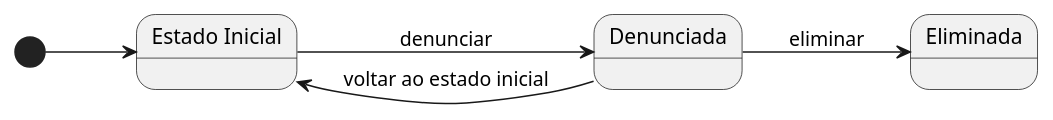
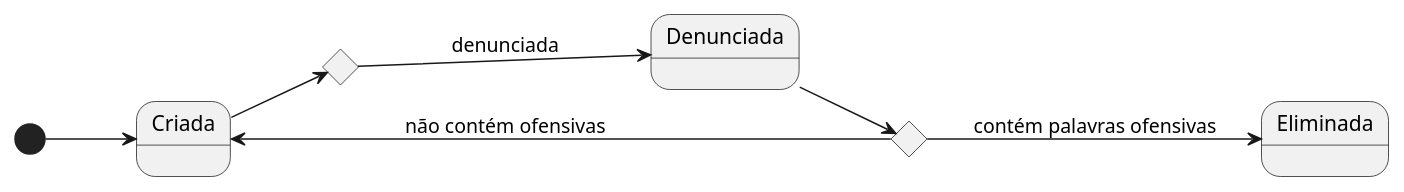
One commit to TiagoNora/ballerina-project changed the diagram in design/stateDiagramReview.puml. Above: the diagram before and after it, drawn with PlantUML. The commit also changed 77 other files, not shown here.

```diff
--- a/design/stateDiagramReview.puml
+++ b/design/stateDiagramReview.puml
@@ -1,23 +1,29 @@
 @startuml
 left to right direction
 
-[*] --> estado
+[*] --> Criada
 
-state "Estado Inicial" as estado {
+state Criada {
 }
 
 state Denunciada {
 
 }
 
+state c <<choice>>
+state h <<choice>>
+ 
+
 state Eliminada {
 
 }
 
 
-estado --> Denunciada : denunciar
-Denunciada   --> Eliminada: eliminar
-Denunciada  --> estado: voltar ao estado inicial
+Criada --> c
+c --> Denunciada: denunciada
+Denunciada --> h
+h   --> Eliminada: contém palavras ofensivas
+h  --> Criada: não contém ofensivas
 
 
 @enduml
```
